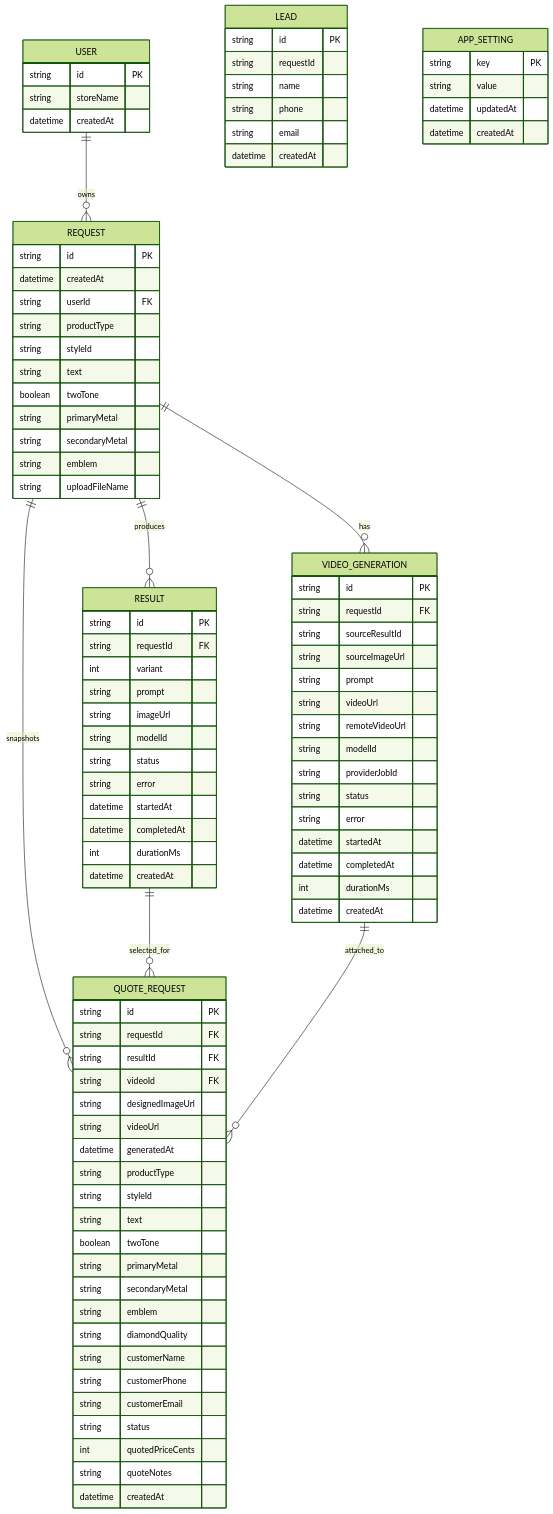
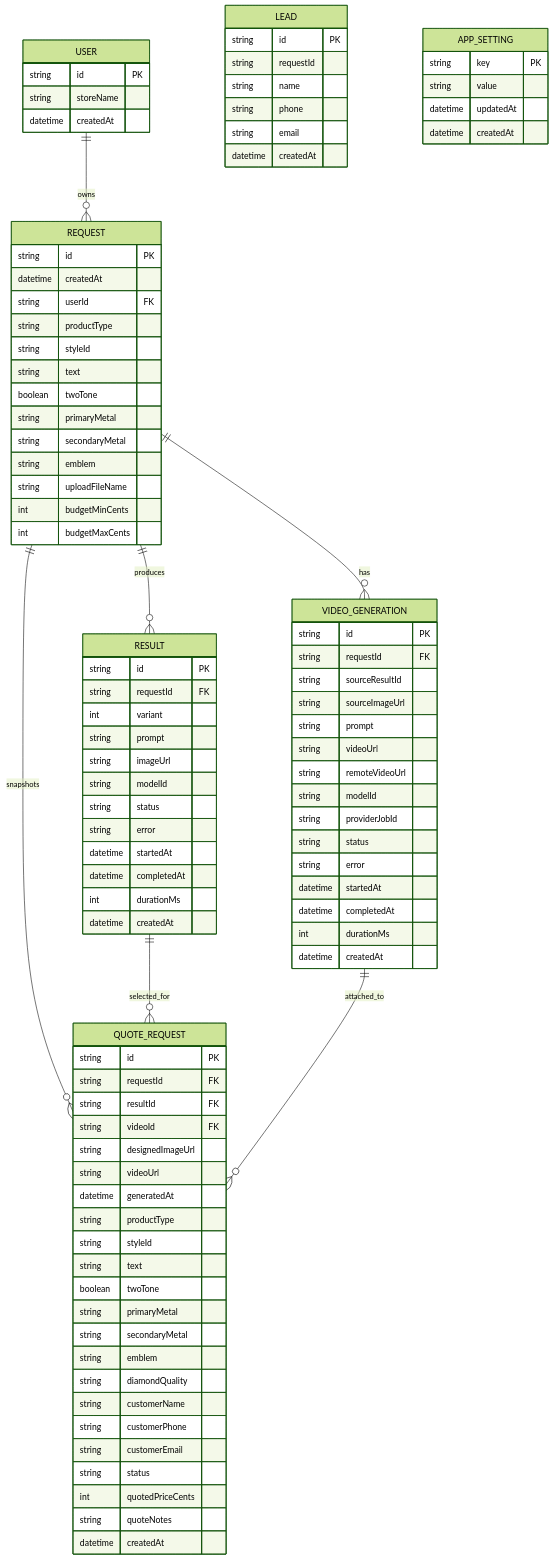
One commit to subhan22x/mvp-jewelry-app2 changed the second of 6 diagrams in docs/data-model.md. Above: the diagram before and after it, drawn with Mermaid (forest theme). The commit also changed other lines of this file and 57 other files, not shown here.

```diff
--- a/docs/data-model.md
+++ b/docs/data-model.md
@@ -140,6 +140,8 @@
     string secondaryMetal
     string emblem
     string uploadFileName
+    int budgetMinCents
+    int budgetMaxCents
   }
 
   RESULT {
```
